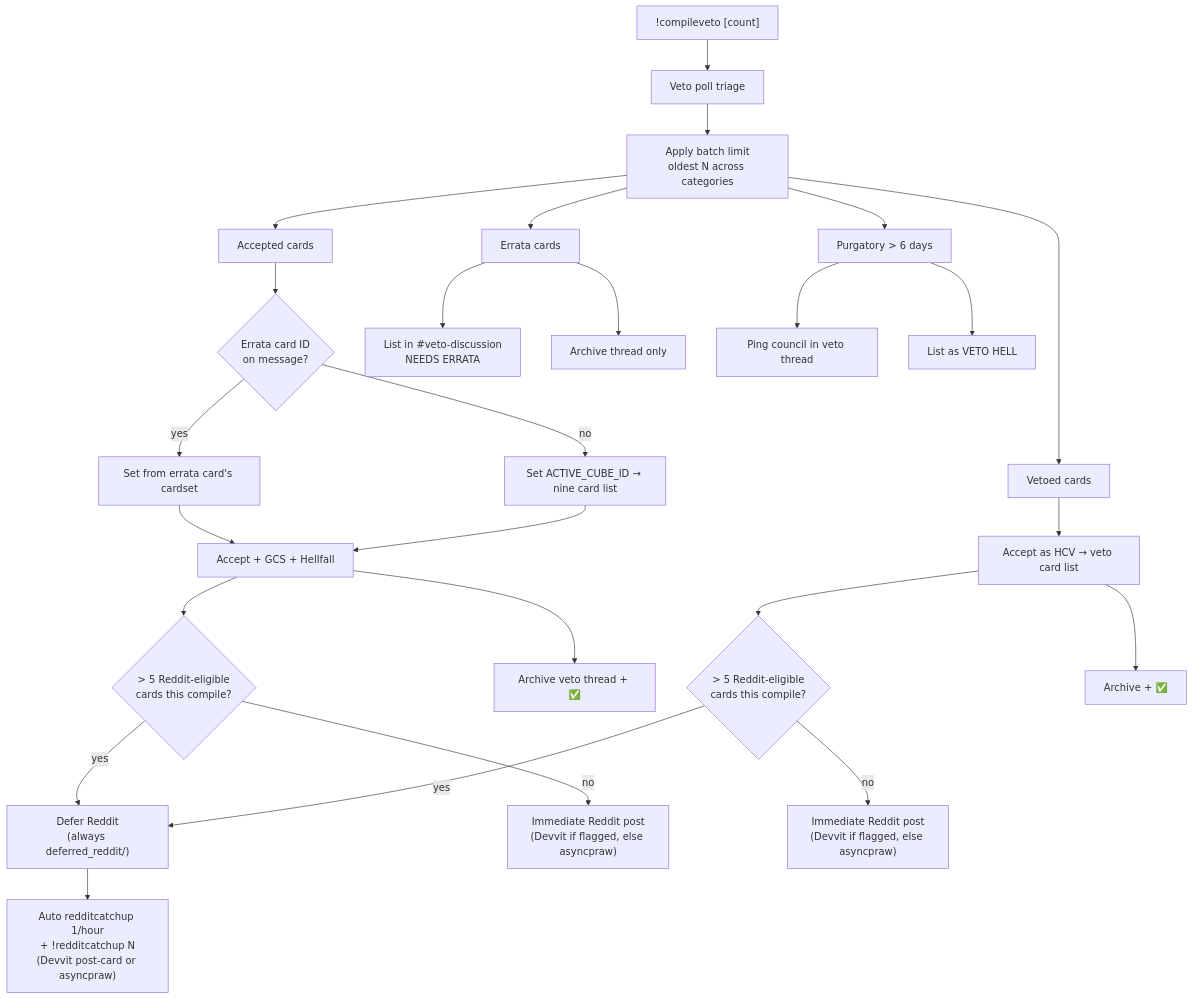
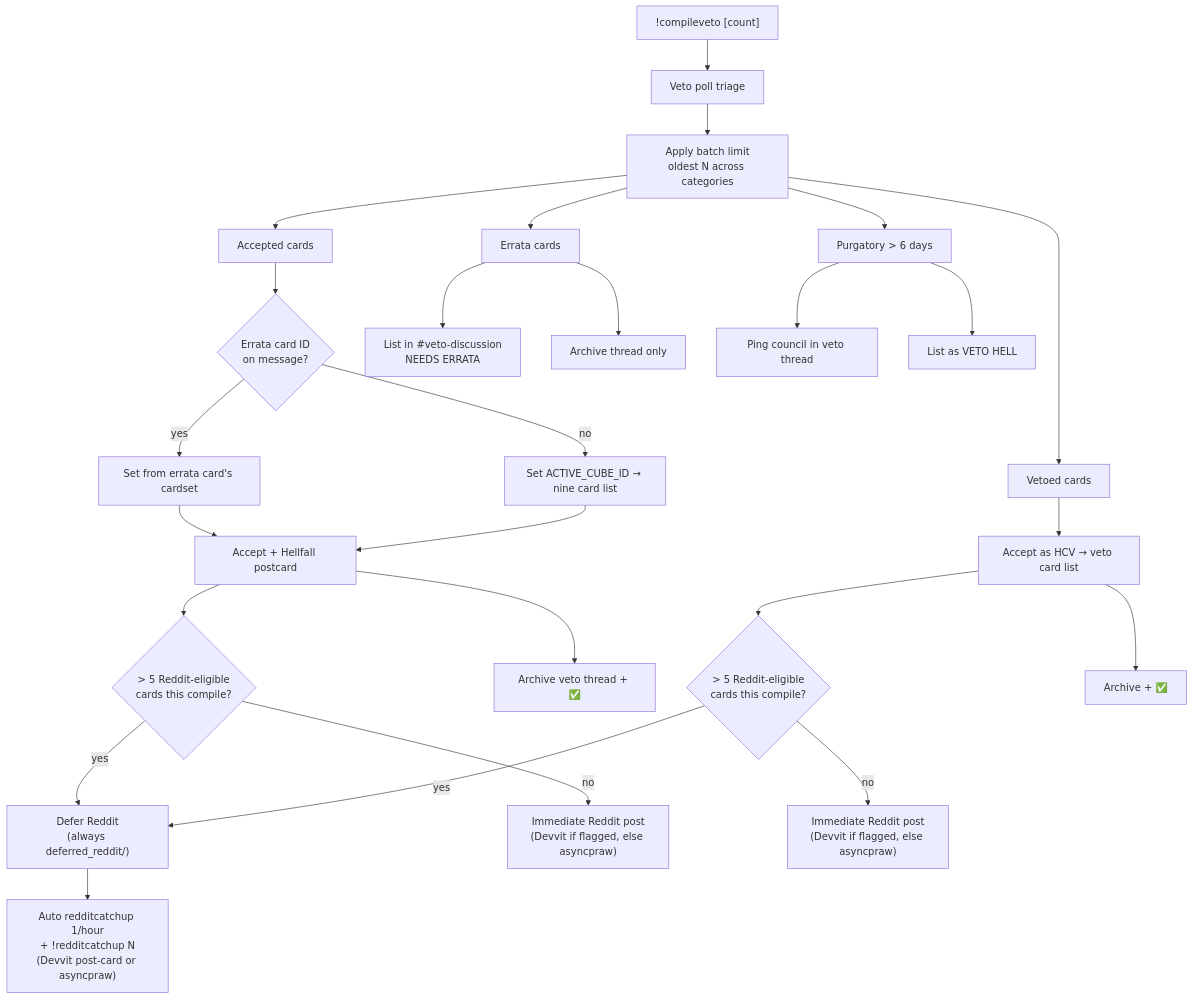
One commit to bones-bones/mork changed the fifth of 6 diagrams in docs/card-flows/veto.md. Above: the diagram before and after it, drawn with Mermaid. The commit also changed other lines of this file and 5 other files, not shown here.

First line of the commit message:
Fix inverted branches and stale thresholds in card-flow Mermaid docs. (#183)

````diff
--- a/docs/card-flows/veto.md
+++ b/docs/card-flows/veto.md
@@ -101,33 +101,33 @@
 ```mermaid
 flowchart TD
   CMD["!compileveto [count]"] --> TRI["Veto poll triage"]
   TRI --> LIM["Apply batch limit<br/>oldest N across categories"]
 
   LIM --> ACC["Accepted cards"]
   ACC --> AC1{"Errata card ID<br/>on message?"}
   AC1 -->|yes| SET1["Set from errata card's cardset"]
   AC1 -->|no| SET2["Set ACTIVE_CUBE_ID → nine card list"]
-  SET1 --> AC1B["Accept + GCS + Hellfall"]
+  SET1 --> AC1B["Accept + Hellfall postcard"]
   SET2 --> AC1B
   AC1B --> RD1{"> 5 Reddit-eligible<br/>cards this compile?"}
   RD1 -->|yes| DEF["Defer Reddit<br/>(always deferred_reddit/)"]
   RD1 -->|no| RED1["Immediate Reddit post<br/>(Devvit if flagged, else asyncpraw)"]
   AC1B --> ARC1["Archive veto thread + ✅"]
 
   LIM --> VET["Vetoed cards"]
   VET --> AC2["Accept as HCV → veto card list"]
   AC2 --> RD2{"> 5 Reddit-eligible<br/>cards this compile?"}
   RD2 -->|yes| DEF
   RD2 -->|no| RED2["Immediate Reddit post<br/>(Devvit if flagged, else asyncpraw)"]
   AC2 --> ARC2["Archive + ✅"]
 
   LIM --> ERR["Errata cards"]
   ERR --> LIST["List in #veto-discussion<br/>NEEDS ERRATA"]
   ERR --> ARC3["Archive thread only"]
 
   LIM --> PUR["Purgatory > 6 days"]
   PUR --> PING["Ping council in veto thread"]
   PUR --> HELL["List as VETO HELL"]
 
   DEF --> CATCH["Auto redditcatchup 1/hour<br/>+ !redditcatchup N<br/>(Devvit post-card or asyncpraw)"]
 ```
````
